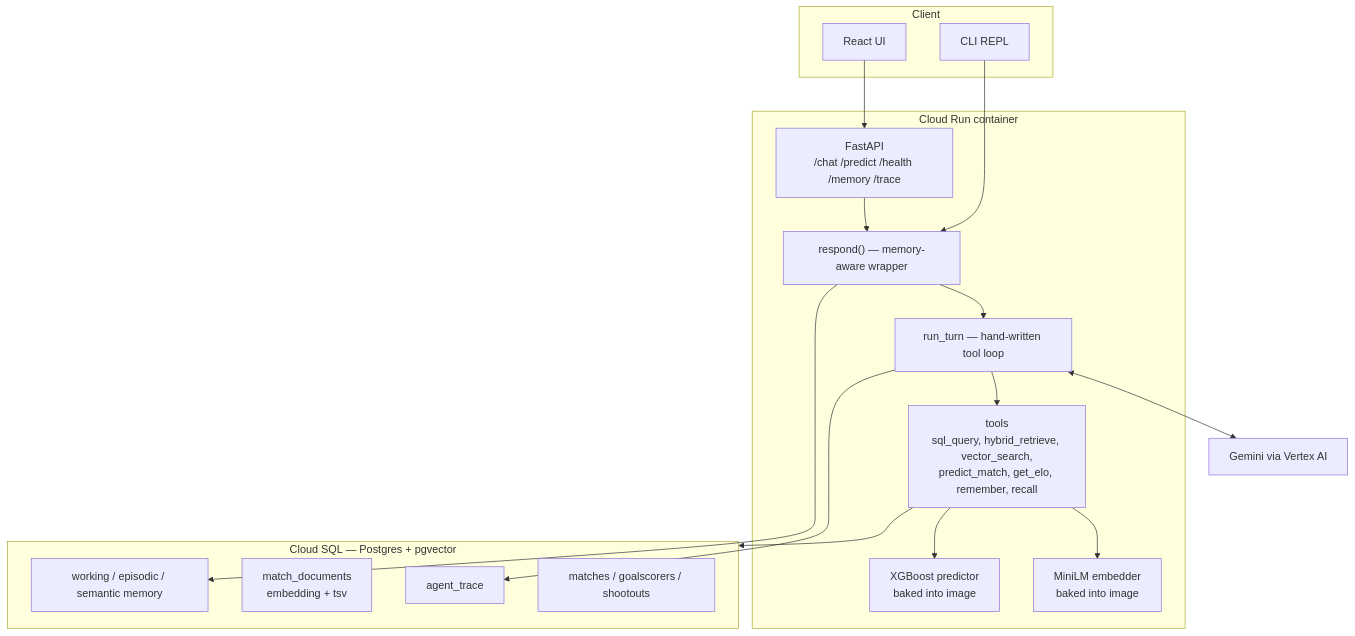
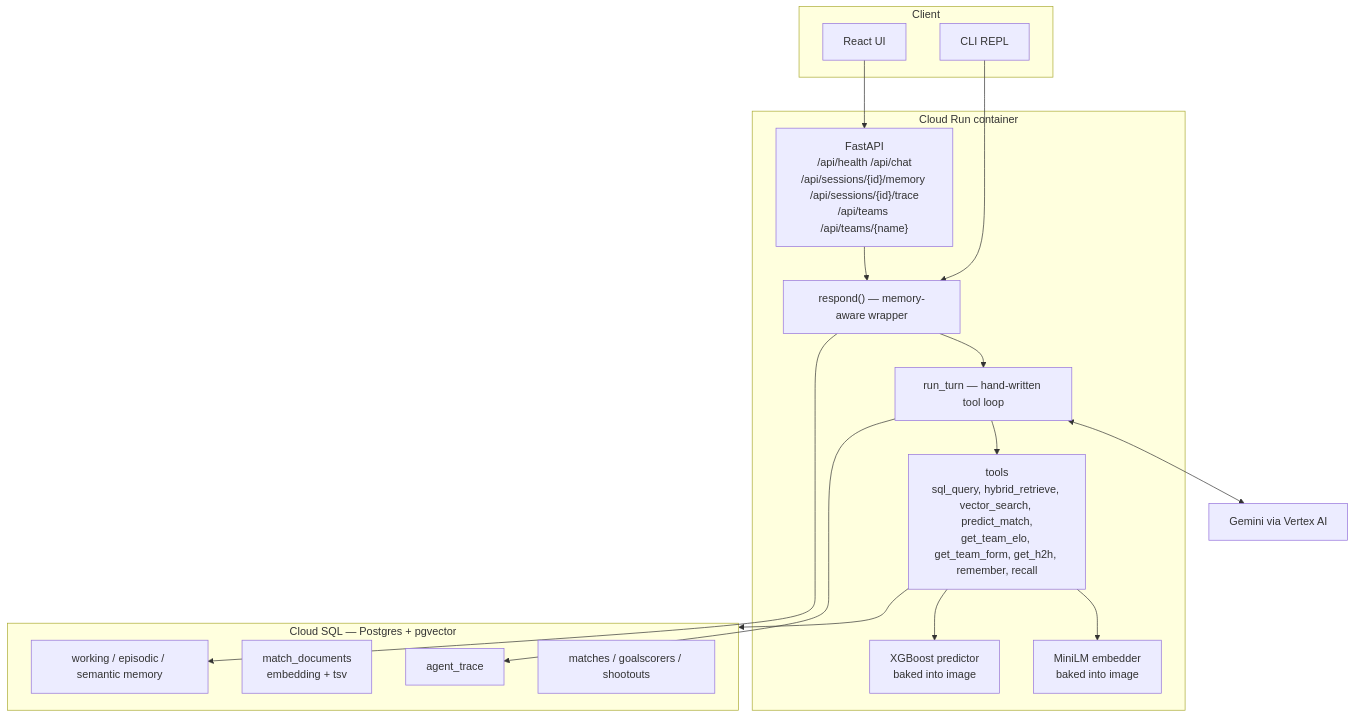
One commit to ramiro-c/ai-agents-hub changed the first of 5 diagrams in soccer-analytics-agent/docs/architecture.md. Above: the diagram before and after it, drawn with Mermaid. The commit also changed other lines of this file, not shown here.

Commit message:
docs(soccer-agent): align architecture diagrams with real tools and endpoints

````diff
--- a/soccer-analytics-agent/docs/architecture.md
+++ b/soccer-analytics-agent/docs/architecture.md
@@ -9,37 +9,37 @@
 ```mermaid
 flowchart TB
     subgraph client["Client"]
         UI["React UI"]
         CLI["CLI REPL"]
     end
 
     subgraph runrt["Cloud Run container"]
-        API["FastAPI<br/>/chat /predict /health /memory /trace"]
+        API["FastAPI<br/>/api/health /api/chat<br/>/api/sessions/{id}/memory /api/sessions/{id}/trace<br/>/api/teams /api/teams/{name}"]
         RESP["respond() — memory-aware wrapper"]
         LOOP["run_turn — hand-written tool loop"]
-        TOOLS["tools<br/>sql_query, hybrid_retrieve, vector_search,<br/>predict_match, get_elo, remember, recall"]
+        TOOLS["tools<br/>sql_query, hybrid_retrieve, vector_search, predict_match,<br/>get_team_elo, get_team_form, get_h2h, remember, recall"]
         MINI["MiniLM embedder<br/>baked into image"]
         XGB["XGBoost predictor<br/>baked into image"]
     end
 
     GEM["Gemini via Vertex AI"]
 
     subgraph pg["Cloud SQL — Postgres + pgvector"]
         T1["matches / goalscorers / shootouts"]
         T2["match_documents<br/>embedding + tsv"]
         T3["working / episodic / semantic memory"]
         T4["agent_trace"]
     end
 
     UI --> API
     CLI --> RESP
     API --> RESP
     RESP --> LOOP
     LOOP <--> GEM
     LOOP --> TOOLS
     TOOLS --> MINI
     TOOLS --> XGB
     TOOLS --> pg
     RESP --> T3
     LOOP --> T4
 ```
````
